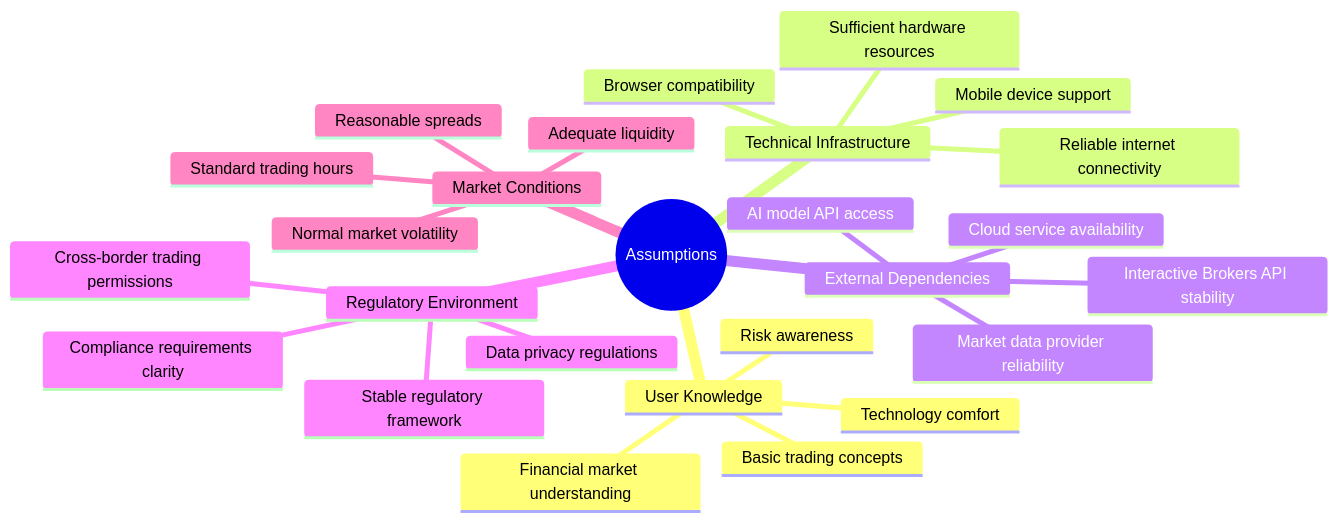
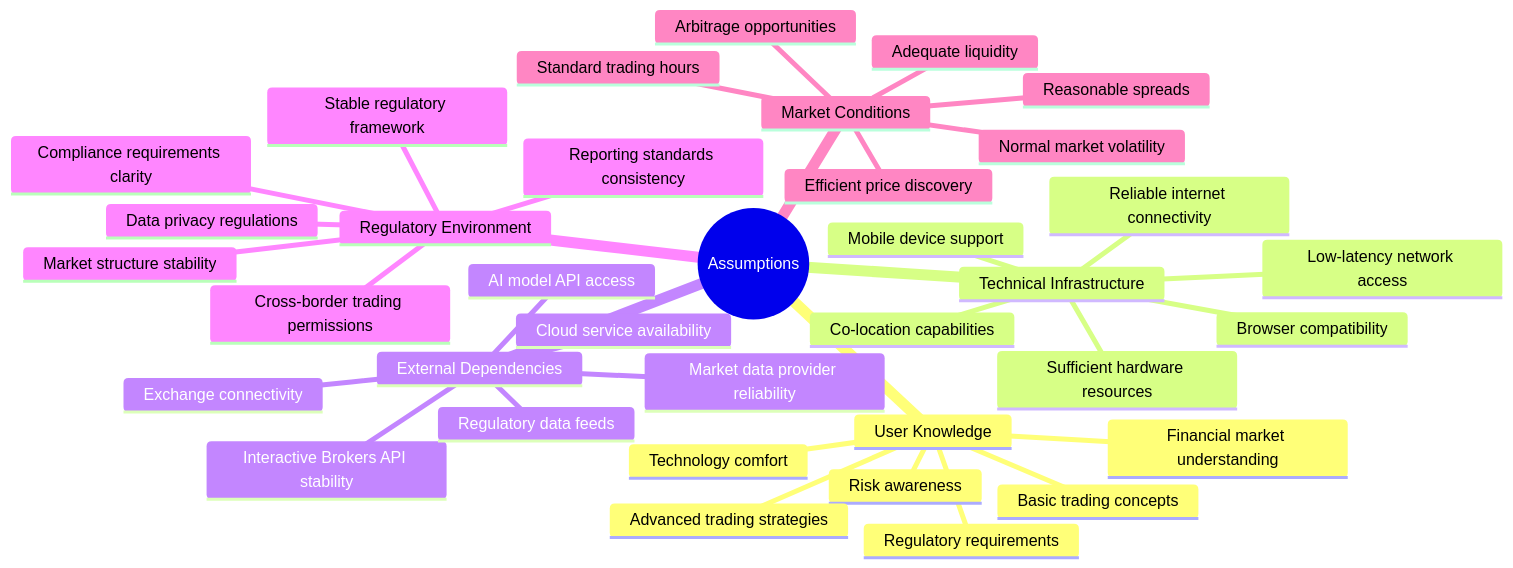
Before and after one commit to vincentspereira/RNR-IBKR-Algo-Trader: diagram 20 of 20 in specs/algorithmic-trading-system/spec.md, drawn with Mermaid. The commit also changed other lines of this file and 3 other files, not shown here.

````diff
--- a/specs/algorithmic-trading-system/spec.md
+++ b/specs/algorithmic-trading-system/spec.md
@@ -579,29 +918,39 @@
 ```mermaid
 mindmap
   root((Assumptions))
     User Knowledge
       Basic trading concepts
       Financial market understanding
       Risk awareness
       Technology comfort
+      Advanced trading strategies
+      Regulatory requirements
     Technical Infrastructure
       Reliable internet connectivity
       Sufficient hardware resources
       Browser compatibility
       Mobile device support
+      Low-latency network access
+      Co-location capabilities
     External Dependencies
       Interactive Brokers API stability
       Market data provider reliability
       Cloud service availability
       AI model API access
+      Exchange connectivity
+      Regulatory data feeds
     Regulatory Environment
       Stable regulatory framework
       Compliance requirements clarity
       Cross-border trading permissions
       Data privacy regulations
+      Market structure stability
+      Reporting standards consistency
     Market Conditions
       Normal market volatility
       Adequate liquidity
       Standard trading hours
       Reasonable spreads
+      Efficient price discovery
+      Arbitrage opportunities
 ```
````
